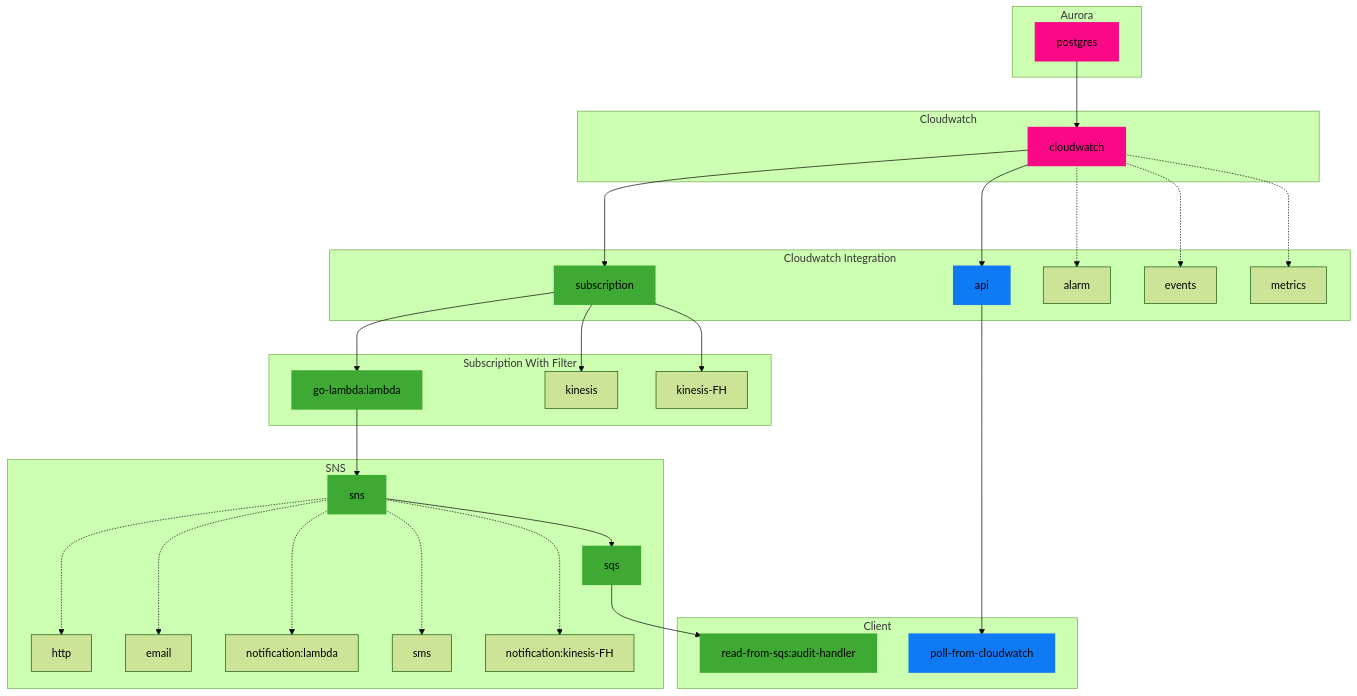
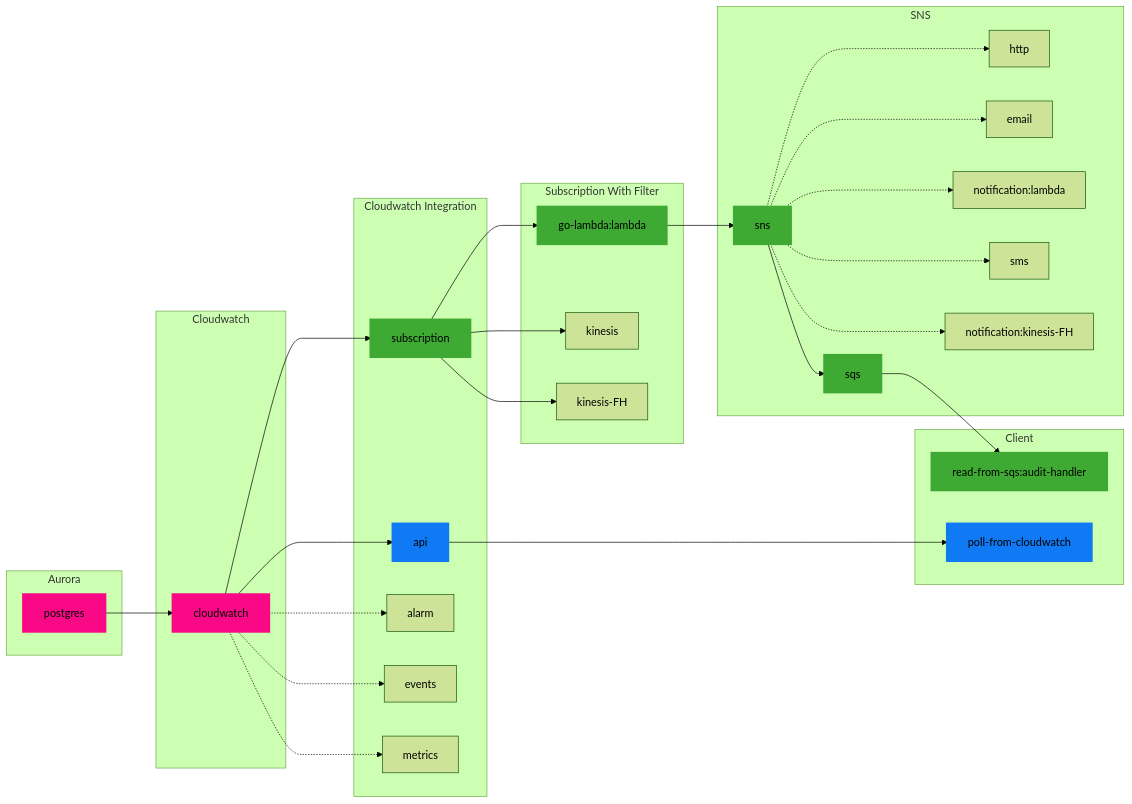
The diagram in README.md (skhatri/cloudwatch-logs-to-sqs), drawn with Mermaid (forest theme) before and after one commit.

````diff
--- a/README.md
+++ b/README.md
@@ -6,56 +6,56 @@
 ```mermaid
-flowchart TB
+flowchart LR
     style postgres fill:#fa0987,stroke:#fa0987,stroke-width:4px
     style subscription fill:#3faa33,stroke:#3faa33,stroke-width:4px
 
     style go-lambda:lambda fill:#3faa33,stroke:#3faa33,stroke-width:4px
     style sns fill:#3faa33,stroke:#3faa33,stroke-width:4px
     style sqs fill:#3faa33,stroke:#3faa33,stroke-width:4px
     style read-from-sqs:audit-handler fill:#3faa33,stroke:#3faa33,stroke-width:4px
 
 
     style poll-from-cloudwatch fill:#0f7af3,stroke:#0f7af3,stroke-width:4px
     style api fill:#0f7af3,stroke:#0f7af3,stroke-width:4px
 
     
     style cloudwatch fill:#fa0987,stroke:#fa0987,stroke-width:4px        
-        
+    
     subgraph Aurora
       postgres
     end
     
     subgraph Cloudwatch
       postgres-->cloudwatch
     end
     
     subgraph Cloudwatch Integration
       cloudwatch-..->alarm
       cloudwatch-..->events
       cloudwatch-..->metrics
       cloudwatch-->api
       cloudwatch-->subscription
     end
     
     subgraph Subscription With Filter
       subscription-->kinesis
       subscription-->kinesis-FH
       subscription-->go-lambda:lambda
     end
     
     subgraph SNS
       go-lambda:lambda-->sns
       sns-->sqs
       sns-..->http
       sns-..->email
       sns-..->notification:lambda
       sns-..->sms
       sns-..->notification:kinesis-FH
     end
     
     
     subgraph Client
       api-->poll-from-cloudwatch
       sqs-->read-from-sqs:audit-handler
     end
     
 ```
````
